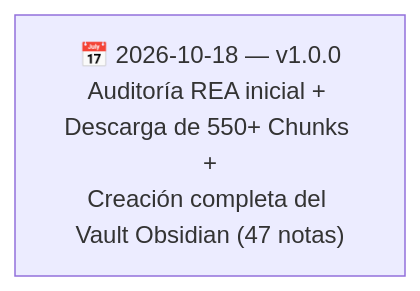
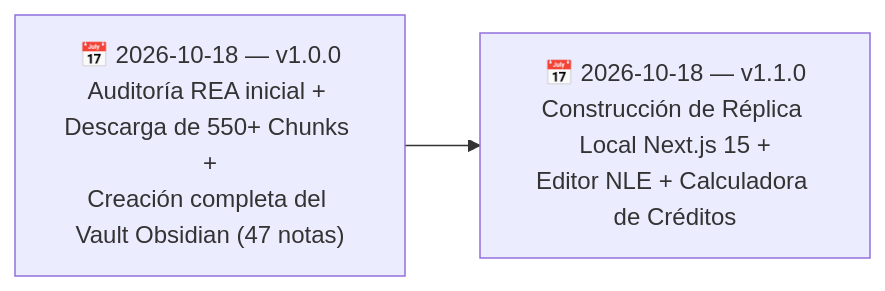
The diagram in ClippersIppers/90 - Recursos/Historial de cambios.md (SebzSGC/Doc-Projects), drawn with Mermaid before and after one commit. The commit also changed other lines of this file and 3 other files, not shown here.

First line of the commit message:
docs(clippersippers): agrega guía de la réplica local v1.1.0

````diff
--- a/ClippersIppers/90 - Recursos/Historial de cambios.md
+++ b/ClippersIppers/90 - Recursos/Historial de cambios.md
@@ -19,4 +19,4 @@
 ```mermaid
 flowchart LR
-    V1["📅 2026-10-18 — v1.0.0<br/>Auditoría REA inicial + Descarga de 550+ Chunks +<br/>Creación completa del Vault Obsidian (47 notas)"]
+    V1["📅 2026-10-18 — v1.0.0<br/>Auditoría REA inicial + Descarga de 550+ Chunks +<br/>Creación completa del Vault Obsidian (47 notas)"] --> V2["📅 2026-10-18 — v1.1.0<br/>Construcción de Réplica Local Next.js 15 +<br/>Editor NLE + Calculadora de Créditos"]
 ```
````
